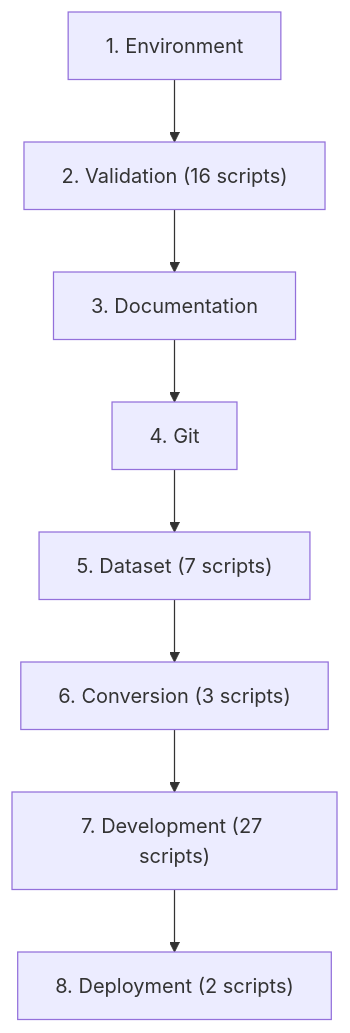
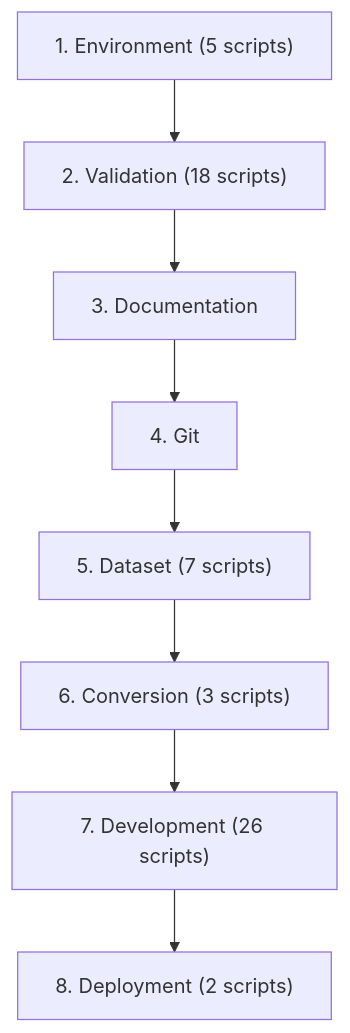
One commit to chanuka8/argus-gait-recognition changed the second of 3 diagrams in scripts/README.md. Above: the diagram before and after it, drawn with Mermaid. The commit also changed other lines of this file and 9 other files, not shown here.

````diff
--- a/scripts/README.md
+++ b/scripts/README.md
@@ -847,18 +929,18 @@
 ```mermaid
 flowchart TD
-    step1["1. Environment"]
-    step2["2. Validation (16 scripts)"]
+    step1["1. Environment (5 scripts)"]
+    step2["2. Validation (18 scripts)"]
     step1 --> step2
     step3["3. Documentation"]
     step2 --> step3
     step4["4. Git"]
     step3 --> step4
     step5["5. Dataset (7 scripts)"]
     step4 --> step5
     step6["6. Conversion (3 scripts)"]
     step5 --> step6
-    step7["7. Development (27 scripts)"]
+    step7["7. Development (26 scripts)"]
     step6 --> step7
     step8["8. Deployment (2 scripts)"]
     step7 --> step8
 ```
````
